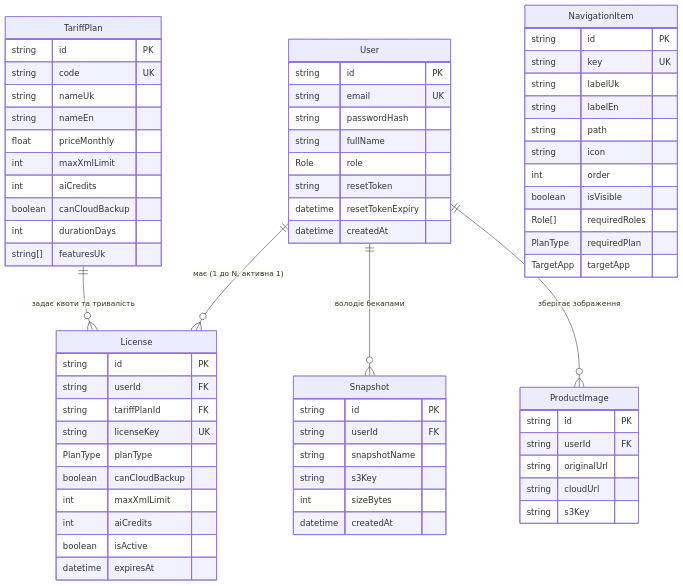
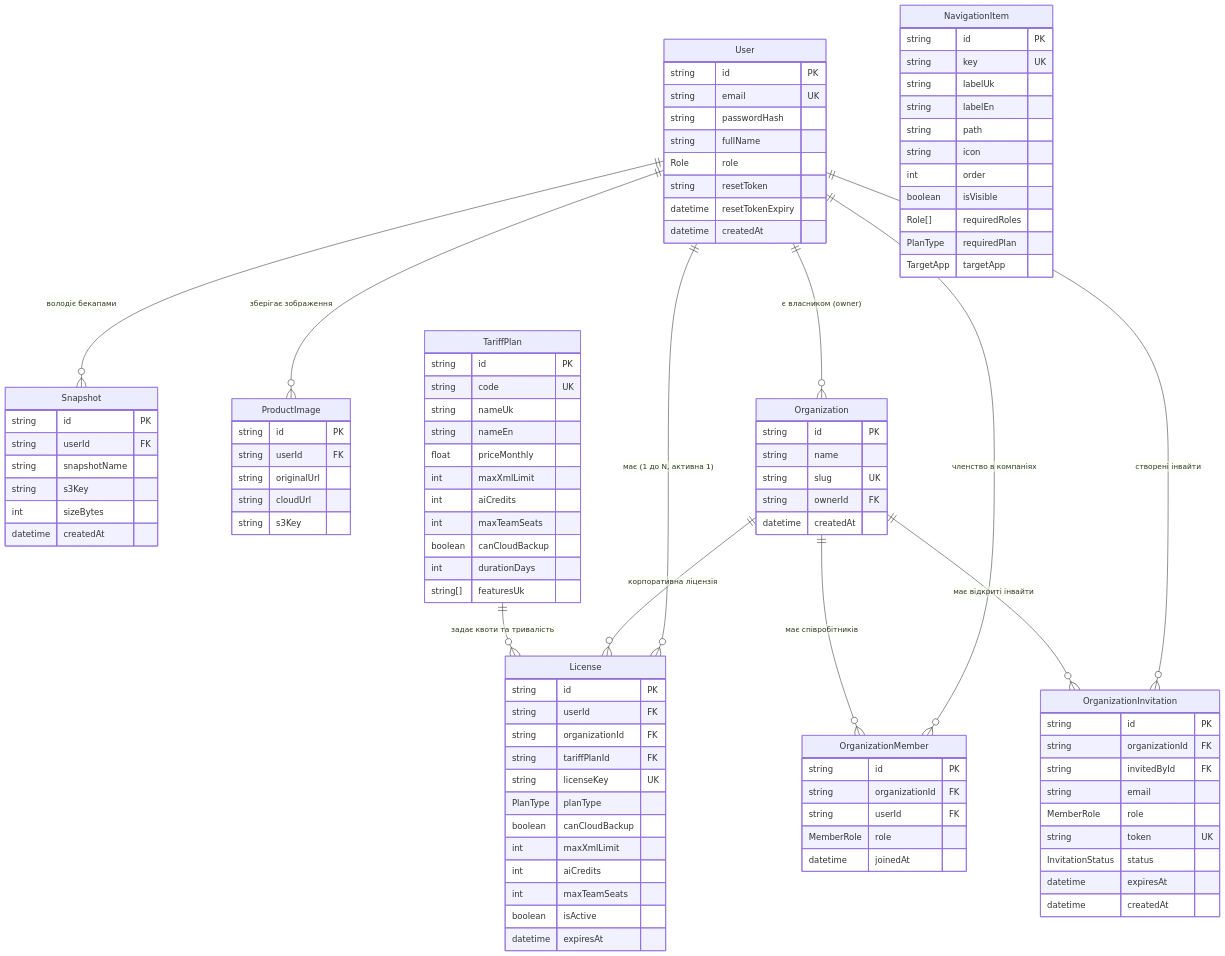
One commit to OlegFutornoi/SmartFeedStudio changed the diagram in wiki/03-database-schema/entity-relations.md. Above: the diagram before and after it, drawn with Mermaid. The commit also changed 298 other files, not shown here.

```diff
--- a/wiki/03-database-schema/entity-relations.md
+++ b/wiki/03-database-schema/entity-relations.md
@@ -7,6 +7,13 @@
     User ||--o{ License : "має (1 до N, активна 1)"
     User ||--o{ Snapshot : "володіє бекапами"
     User ||--o{ ProductImage : "зберігає зображення"
+    User ||--o{ Organization : "є власником (owner)"
+    User ||--o{ OrganizationMember : "членство в компаніях"
+    User ||--o{ OrganizationInvitation : "створені інвайти"
+
+    Organization ||--o{ OrganizationMember : "має співробітників"
+    Organization ||--o{ OrganizationInvitation : "має відкриті інвайти"
+    Organization ||--o{ License : "корпоративна ліцензія"
 
     TariffPlan ||--o{ License : "задає квоти та тривалість"
 
@@ -21,6 +28,34 @@
         datetime createdAt
     }
 
+    Organization {
+        string id PK
+        string name
+        string slug UK
+        string ownerId FK
+        datetime createdAt
+    }
+
+    OrganizationMember {
+        string id PK
+        string organizationId FK
+        string userId FK
+        MemberRole role
+        datetime joinedAt
+    }
+
+    OrganizationInvitation {
+        string id PK
+        string organizationId FK
+        string invitedById FK
+        string email
+        MemberRole role
+        string token UK
+        InvitationStatus status
+        datetime expiresAt
+        datetime createdAt
+    }
+
     TariffPlan {
         string id PK
         string code UK
@@ -29,6 +64,7 @@
         float priceMonthly
         int maxXmlLimit
         int aiCredits
+        int maxTeamSeats
         boolean canCloudBackup
         int durationDays
         string[] featuresUk
@@ -37,12 +73,14 @@
     License {
         string id PK
         string userId FK
+        string organizationId FK
         string tariffPlanId FK
         string licenseKey UK
         PlanType planType
         boolean canCloudBackup
         int maxXmlLimit
         int aiCredits
+        int maxTeamSeats
         boolean isActive
         datetime expiresAt
     }
```
